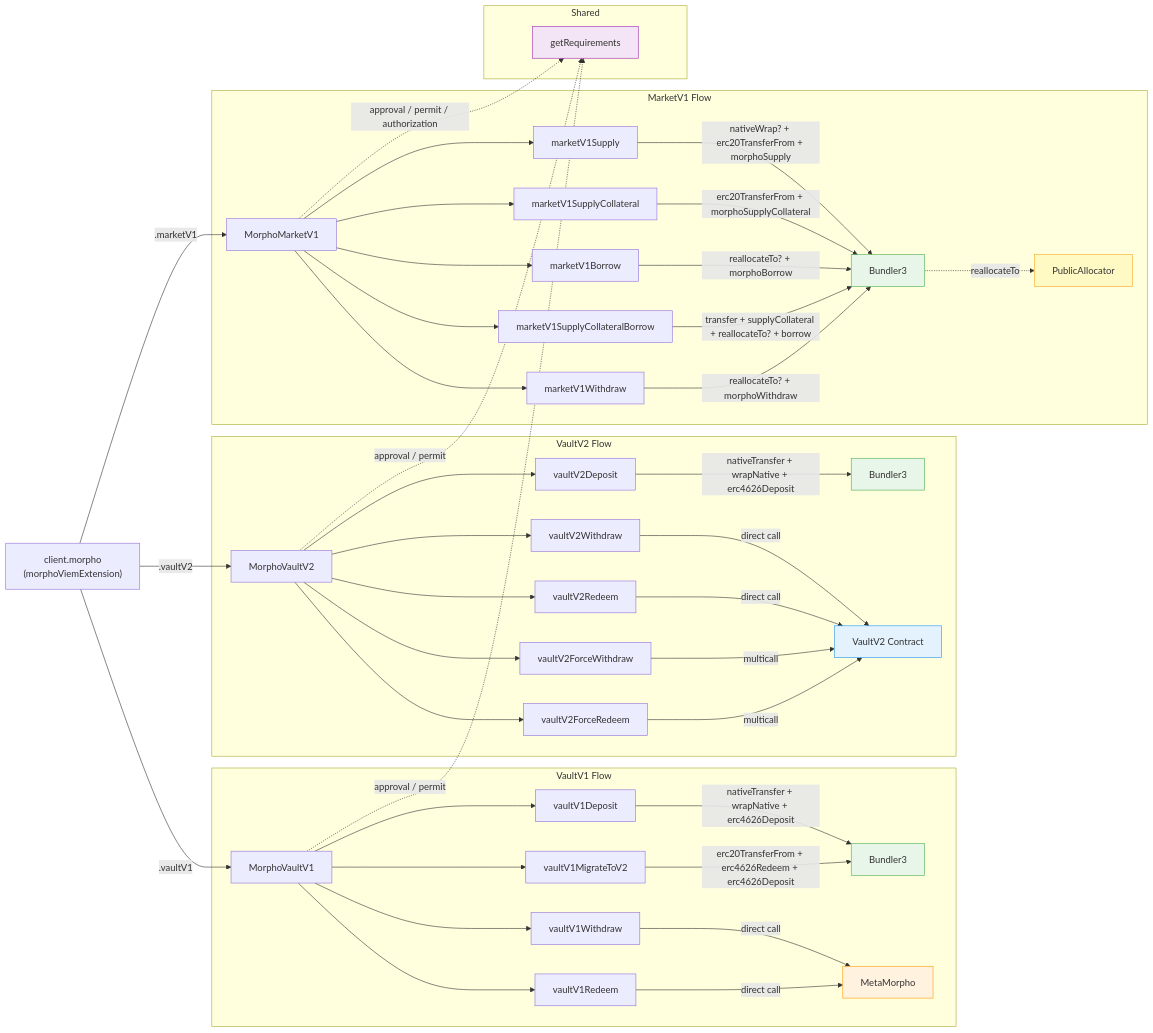
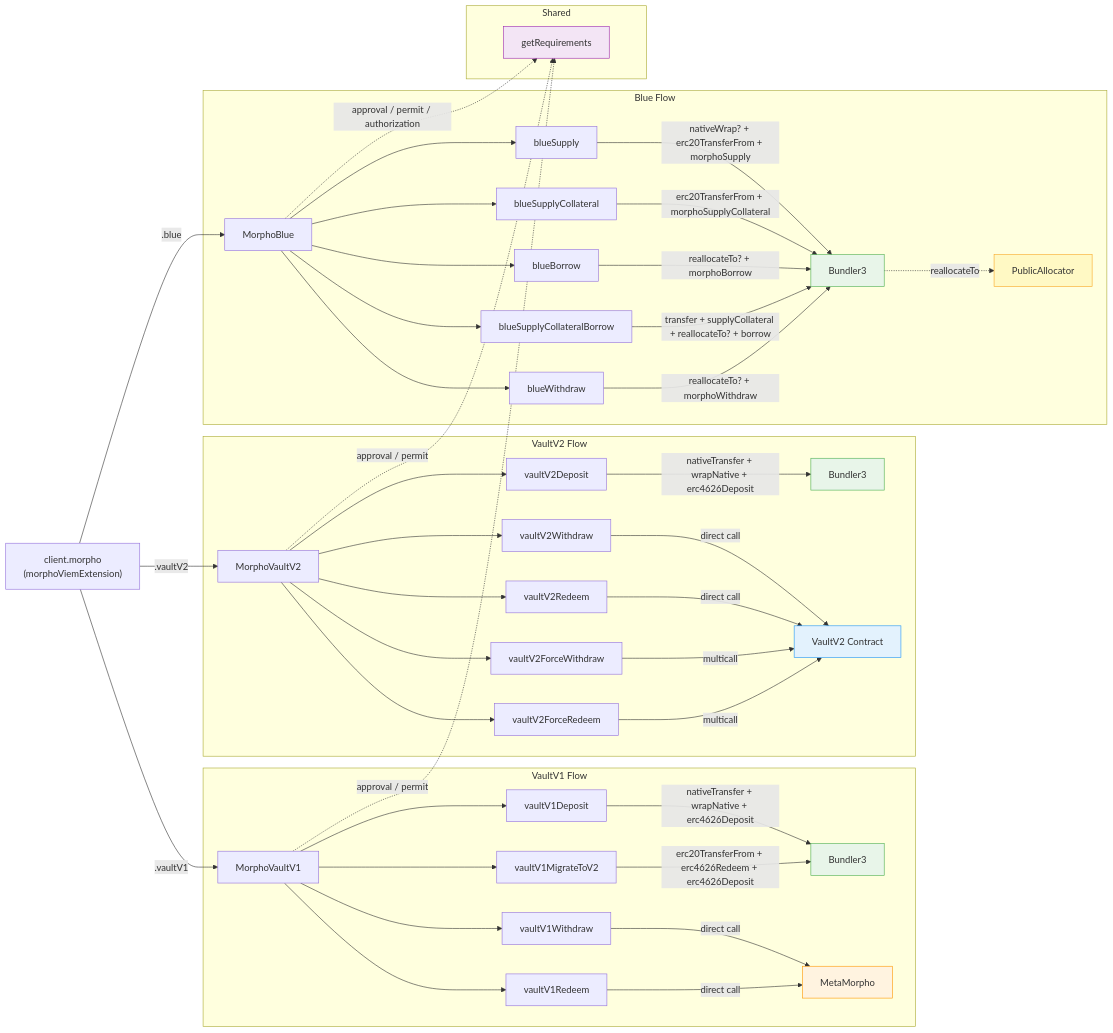
Before and after one commit to morpho-org/sdks: the diagram in packages/morpho-sdk/README.md, drawn with Mermaid. The commit also changed other lines of this file and 112 other files, not shown here.

First line of the commit message:
feat(morpho-sdk)!: rename MarketV1 abstraction to Blue

````diff
--- a/packages/morpho-sdk/README.md
+++ b/packages/morpho-sdk/README.md
@@ -470,70 +473,70 @@
 ```mermaid
 graph LR
     MC["client.morpho<br/>(morphoViemExtension)"]
 
     MC -->|.vaultV1| MV1
     MC -->|.vaultV2| MV2
-    MC -->|.marketV1| MM1
+    MC -->|.blue| MM1
 
     subgraph VaultV1 Flow
         MV1[MorphoVaultV1]
         MV1 --> V1D[vaultV1Deposit]
         MV1 --> V1W[vaultV1Withdraw]
         MV1 --> V1R[vaultV1Redeem]
         MV1 --> V1M[vaultV1MigrateToV2]
 
         V1D -->|nativeTransfer + wrapNative + erc4626Deposit| B1[Bundler3]
         V1W -->|direct call| MM[MetaMorpho]
         V1R -->|direct call| MM
         V1M -->|erc20TransferFrom + erc4626Redeem + erc4626Deposit| B1
     end
 
     subgraph VaultV2 Flow
         MV2[MorphoVaultV2]
         MV2 --> V2D[vaultV2Deposit]
         MV2 --> V2W[vaultV2Withdraw]
         MV2 --> V2R[vaultV2Redeem]
         MV2 --> V2FW[vaultV2ForceWithdraw]
         MV2 --> V2FR[vaultV2ForceRedeem]
 
         V2D -->|nativeTransfer + wrapNative + erc4626Deposit| B2[Bundler3]
         V2W -->|direct call| V2C[VaultV2 Contract]
         V2R -->|direct call| V2C
         V2FW -->|multicall| V2C
         V2FR -->|multicall| V2C
     end
 
-    subgraph MarketV1 Flow
-        MM1[MorphoMarketV1]
-        MM1 --> M1S[marketV1Supply]
-        MM1 --> M1SC[marketV1SupplyCollateral]
-        MM1 --> M1B[marketV1Borrow]
-        MM1 --> M1SCB[marketV1SupplyCollateralBorrow]
-        MM1 --> M1W[marketV1Withdraw]
+    subgraph Blue Flow
+        MM1[MorphoBlue]
+        MM1 --> M1S[blueSupply]
+        MM1 --> M1SC[blueSupplyCollateral]
+        MM1 --> M1B[blueBorrow]
+        MM1 --> M1SCB[blueSupplyCollateralBorrow]
+        MM1 --> M1W[blueWithdraw]
 
         M1S -->|nativeWrap? + erc20TransferFrom + morphoSupply| B3[Bundler3]
         M1SC -->|erc20TransferFrom + morphoSupplyCollateral| B3
         M1B -->|reallocateTo? + morphoBorrow| B3
         M1SCB -->|transfer + supplyCollateral + reallocateTo? + borrow| B3
         M1W -->|reallocateTo? + morphoWithdraw| B3
 
         B3 -.->|reallocateTo| PA[PublicAllocator]
     end
 
 
     subgraph Shared
         REQ[getRequirements]
     end
 
     MV1 -.->|approval / permit| REQ
     MV2 -.->|approval / permit| REQ
     MM1 -.->|approval / permit / authorization| REQ
 
     style B1 fill:#e8f5e9,stroke:#4caf50
     style B2 fill:#e8f5e9,stroke:#4caf50
     style B3 fill:#e8f5e9,stroke:#4caf50
     style MM fill:#fff3e0,stroke:#ff9800
     style V2C fill:#e3f2fd,stroke:#2196f3
     style REQ fill:#f3e5f5,stroke:#9c27b0
     style PA fill:#fff9c4,stroke:#f9a825
 ```
````
